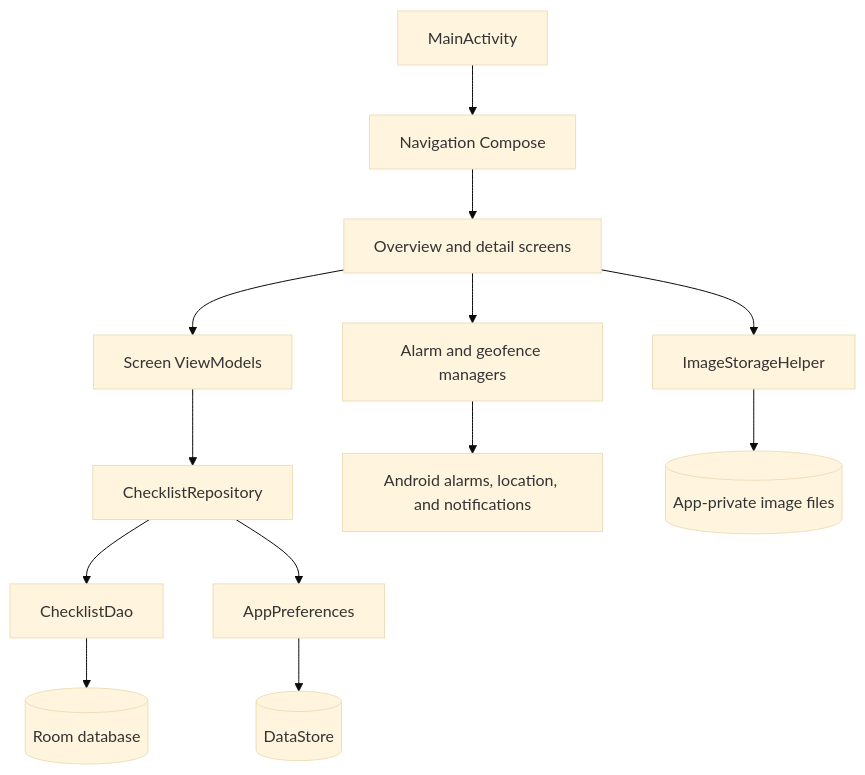
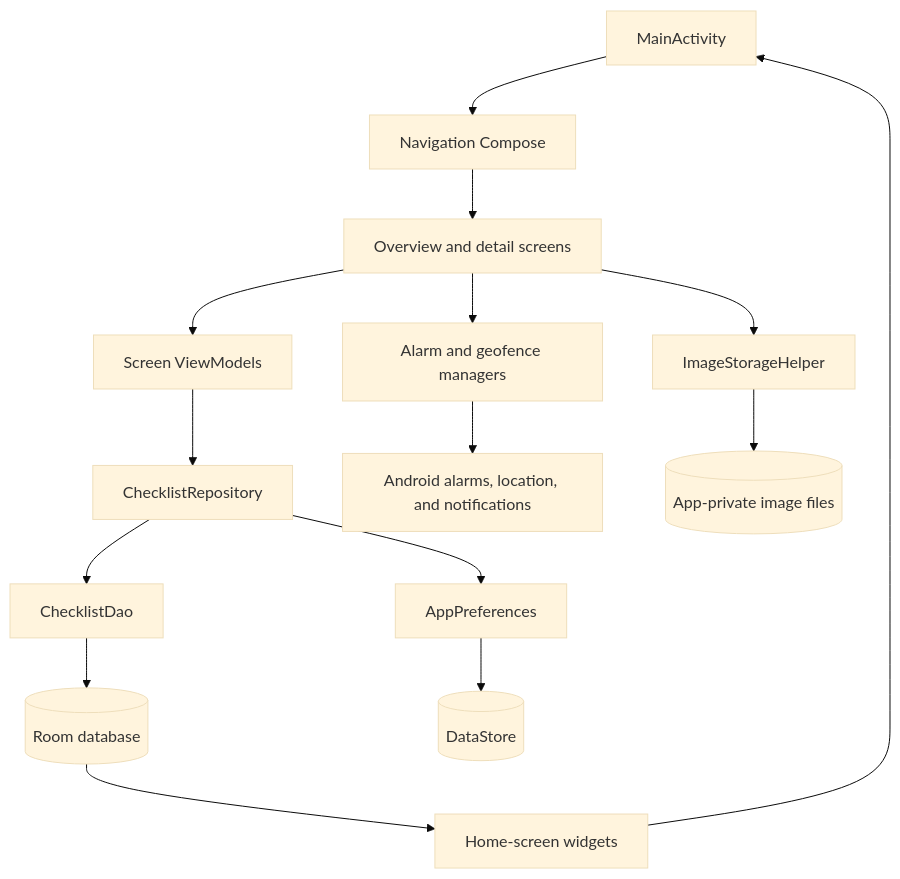
Before and after one commit to fexed/Tickfolio: the diagram in README.MD, drawn with Mermaid (base theme). The commit also changed other lines of this file and 16 other files, not shown here.

Commit message:
Add home screen checklist widgets

````diff
--- a/README.MD
+++ b/README.MD
@@ -34,15 +36,17 @@
 ```mermaid
 flowchart TD
     Activity[MainActivity] --> Nav[Navigation Compose]
     Nav --> Screens[Overview and detail screens]
     Screens --> VMs[Screen ViewModels]
     VMs --> Repo[ChecklistRepository]
     Repo --> DAO[ChecklistDao]
     DAO --> Room[(Room database)]
     Repo --> Prefs[AppPreferences]
     Prefs --> Store[(DataStore)]
     Screens --> Reminders[Alarm and geofence managers]
     Reminders --> Android[Android alarms, location, and notifications]
     Screens --> Images[ImageStorageHelper]
     Images --> Files[(App-private image files)]
+    Room --> Widgets[Home-screen widgets]
+    Widgets --> Activity[MainActivity]
 ```
````
